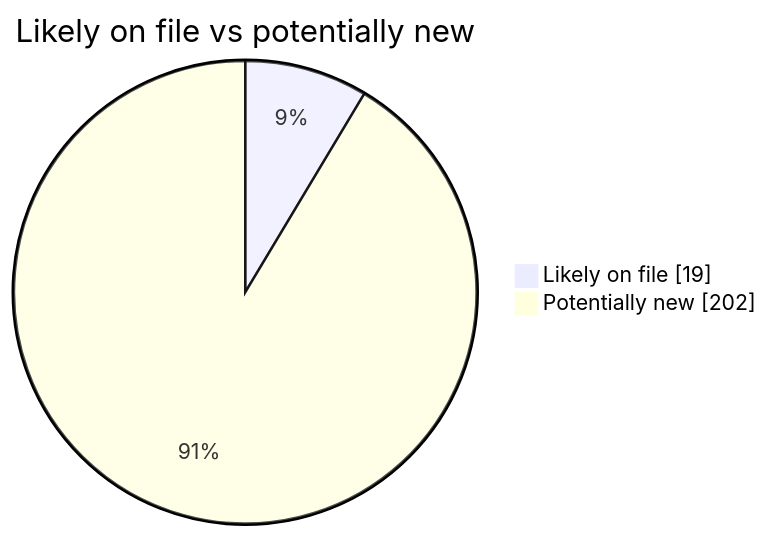
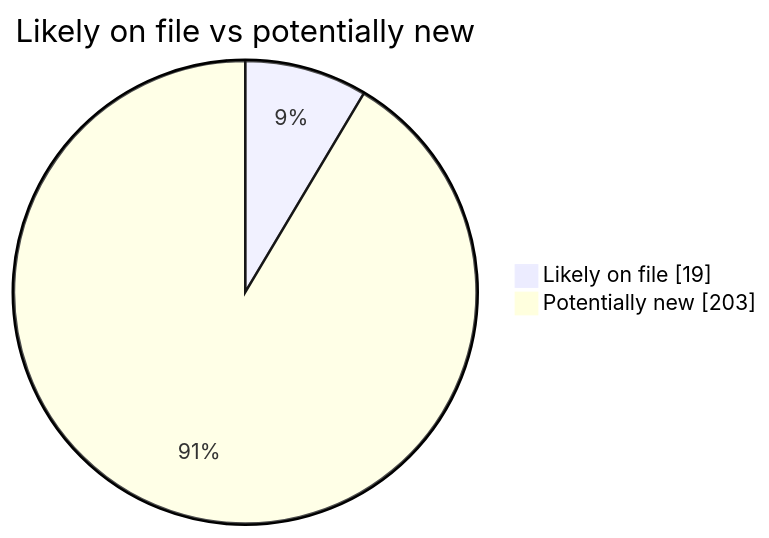
Before and after one commit to martinbalfanz/social-scanner-reports: the second of 4 diagrams in README.md, drawn with Mermaid. The commit also changed other lines of this file and 2 other files, not shown here.

````diff
--- a/README.md
+++ b/README.md
@@ -40,5 +40,5 @@
 ```mermaid
 pie showData title Likely on file vs potentially new
     "Likely on file" : 19
-    "Potentially new" : 202
+    "Potentially new" : 203
 ```
````
